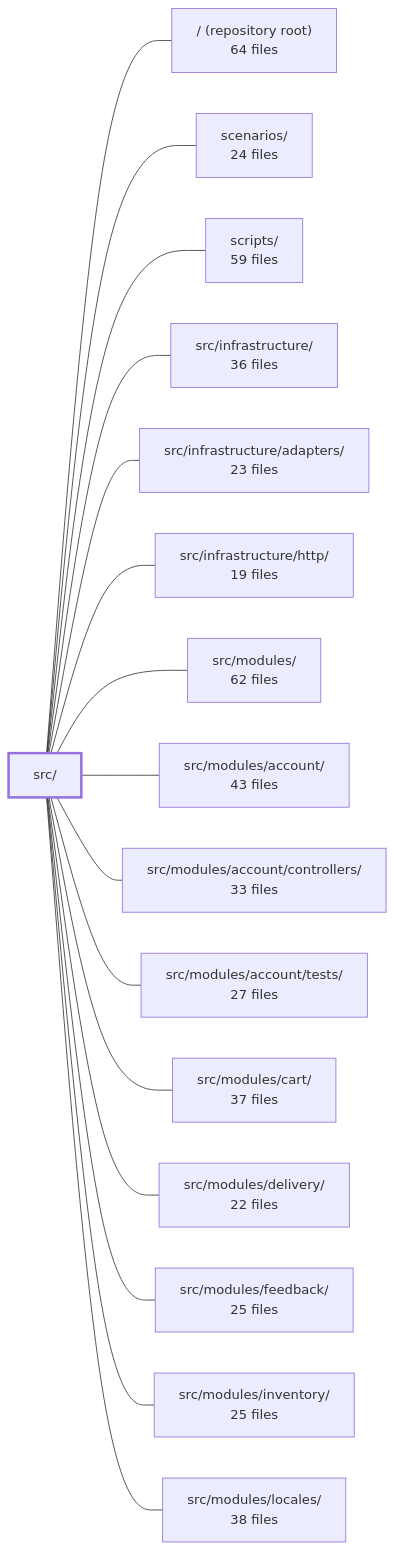
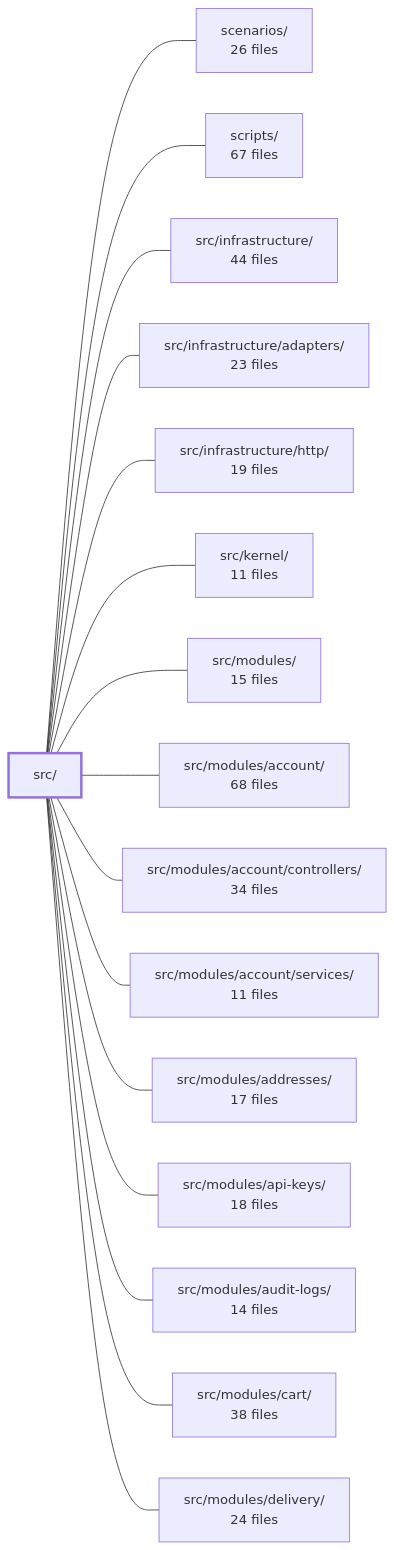
One commit to Guebbit/boilerplate-node-backend changed the diagram in .2brain/modules/boilerplate-node-backend_src.md. Above: the diagram before and after it, drawn with Mermaid. The commit also changed other lines of this file and 137 other files, not shown here.

````diff
--- a/.2brain/modules/boilerplate-node-backend_src.md
+++ b/.2brain/modules/boilerplate-node-backend_src.md
@@ -44,35 +43,35 @@
 ```mermaid
 flowchart LR
     m_src["src/"]
-    m_root["/ (repository root)<br/>64 files"]
-    m_scenarios["scenarios/<br/>24 files"]
-    m_scripts["scripts/<br/>59 files"]
-    m_src_infrastructure["src/infrastructure/<br/>36 files"]
+    m_scenarios["scenarios/<br/>26 files"]
+    m_scripts["scripts/<br/>67 files"]
+    m_src_infrastructure["src/infrastructure/<br/>44 files"]
     m_src_infrastructure_adapters["src/infrastructure/adapters/<br/>23 files"]
     m_src_infrastructure_http["src/infrastructure/http/<br/>19 files"]
-    m_src_modules["src/modules/<br/>62 files"]
-    m_src_modules_account["src/modules/account/<br/>43 files"]
-    m_src_modules_account_controllers["src/modules/account/controllers/<br/>33 files"]
-    m_src_modules_account_tests["src/modules/account/tests/<br/>27 files"]
-    m_src_modules_cart["src/modules/cart/<br/>37 files"]
-    m_src_modules_delivery["src/modules/delivery/<br/>22 files"]
-    m_src_modules_feedback["src/modules/feedback/<br/>25 files"]
-    m_src_modules_inventory["src/modules/inventory/<br/>25 files"]
-    m_src_modules_locales["src/modules/locales/<br/>38 files"]
-    m_src --- m_root
+    m_src_kernel["src/kernel/<br/>11 files"]
+    m_src_modules["src/modules/<br/>15 files"]
+    m_src_modules_account["src/modules/account/<br/>68 files"]
+    m_src_modules_account_controllers["src/modules/account/controllers/<br/>34 files"]
+    m_src_modules_account_services["src/modules/account/services/<br/>11 files"]
+    m_src_modules_addresses["src/modules/addresses/<br/>17 files"]
+    m_src_modules_api_keys["src/modules/api-keys/<br/>18 files"]
+    m_src_modules_audit_logs["src/modules/audit-logs/<br/>14 files"]
+    m_src_modules_cart["src/modules/cart/<br/>38 files"]
+    m_src_modules_delivery["src/modules/delivery/<br/>24 files"]
     m_src --- m_scenarios
     m_src --- m_scripts
     m_src --- m_src_infrastructure
     m_src --- m_src_infrastructure_adapters
     m_src --- m_src_infrastructure_http
+    m_src --- m_src_kernel
     m_src --- m_src_modules
     m_src --- m_src_modules_account
     m_src --- m_src_modules_account_controllers
-    m_src --- m_src_modules_account_tests
+    m_src --- m_src_modules_account_services
+    m_src --- m_src_modules_addresses
+    m_src --- m_src_modules_api_keys
+    m_src --- m_src_modules_audit_logs
     m_src --- m_src_modules_cart
     m_src --- m_src_modules_delivery
-    m_src --- m_src_modules_feedback
-    m_src --- m_src_modules_inventory
-    m_src --- m_src_modules_locales
     style m_src stroke-width:3px
 ```
````
